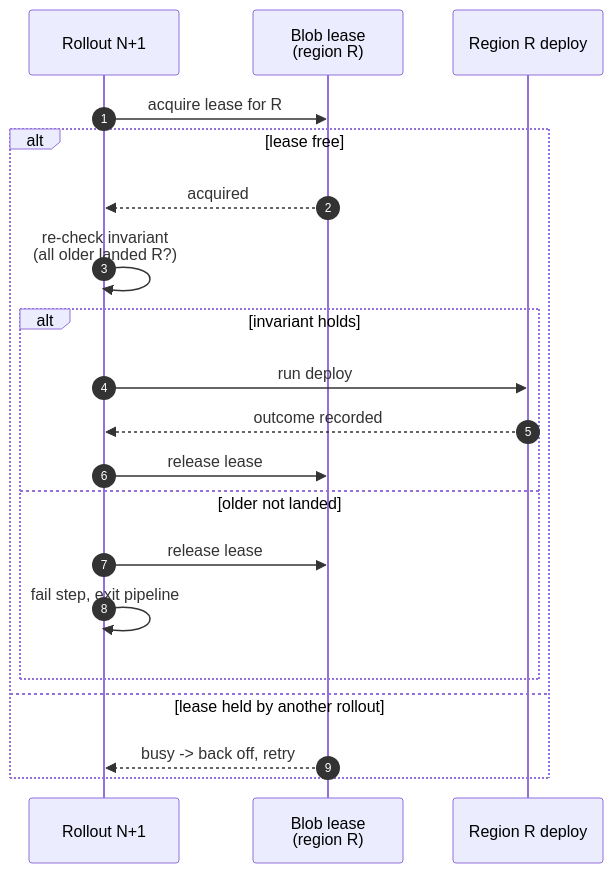
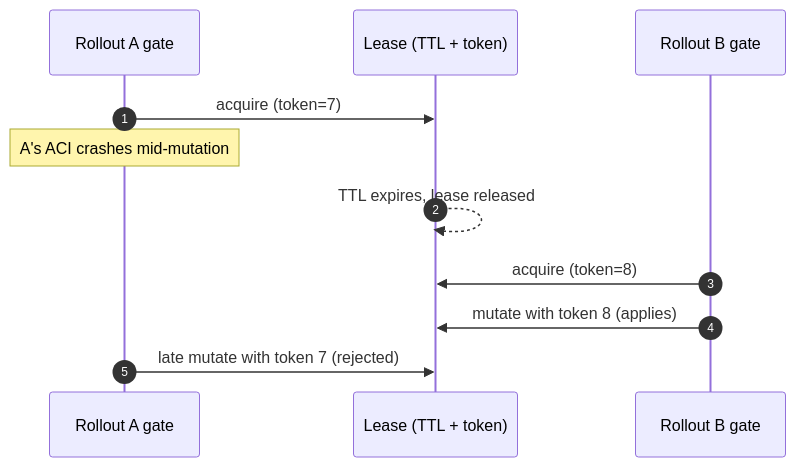
The sixth of 7 diagrams in docs/ev2-region-lock.md (Azure/ARO-HCP), drawn with Mermaid before and after one commit. The commit also changed other lines of this file and 1 other file, not shown here.

First line of the commit message:
docs(ev2): reframe region-lock design around incremental rollouts (AROSLSRE-1567)

````diff
--- a/docs/ev2-region-lock.md
+++ b/docs/ev2-region-lock.md
@@ -283,22 +337,13 @@
 ```mermaid
 sequenceDiagram
     autonumber
-    participant N1 as Rollout N+1
-    participant L as Blob lease<br/>(region R)
-    participant D as Region R deploy
-    N1->>L: acquire lease for R
-    alt lease free
-        L-->>N1: acquired
-        N1->>N1: re-check invariant<br/>(all older landed R?)
-        alt invariant holds
-            N1->>D: run deploy
-            D-->>N1: outcome recorded
-            N1->>L: release lease
-        else older not landed
-            N1->>L: release lease
-            N1->>N1: fail step, exit pipeline
-        end
-    else lease held by another rollout
-        L-->>N1: busy -> back off, retry
-    end
+    participant A as Rollout A gate
+    participant L as Lease (TTL + token)
+    participant B as Rollout B gate
+    A->>L: acquire (token=7)
+    Note over A: A's ACI crashes mid-mutation
+    L-->>L: TTL expires, lease released
+    B->>L: acquire (token=8)
+    B->>L: mutate with token 8 (applies)
+    A->>L: late mutate with token 7 (rejected)
 ```
````
